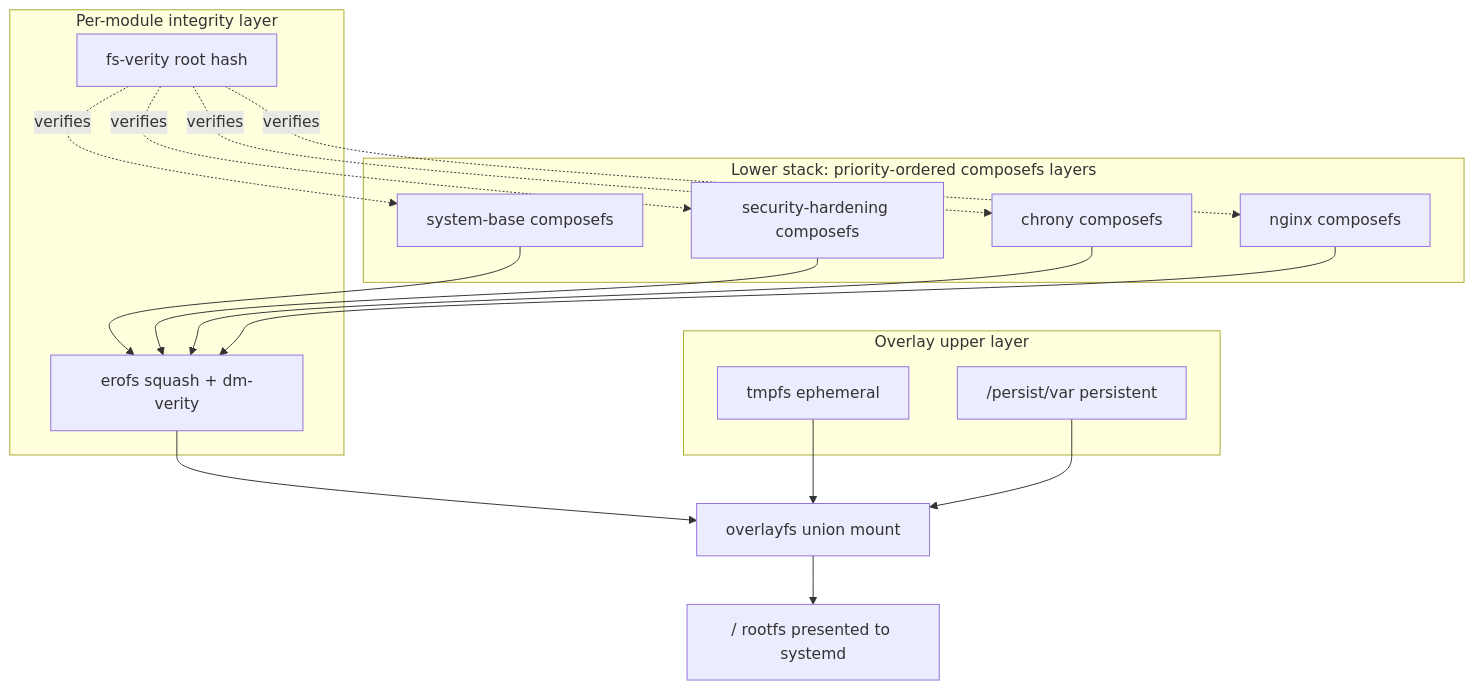
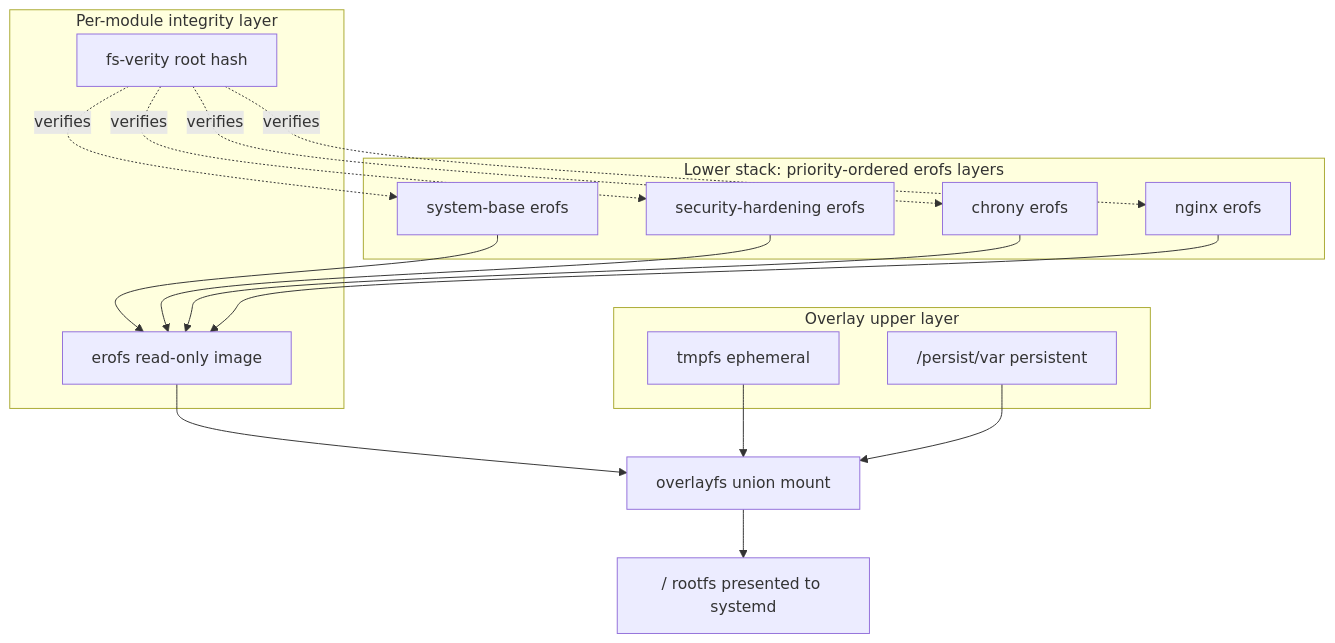
One commit to nodealchemy/powernode-system changed the second of 2 diagrams in docs/SMOKE_TEST.md. Above: the diagram before and after it, drawn with Mermaid. The commit also changed other lines of this file and 9 other files, not shown here.

First line of the commit message:
docs: correct composefs->erofs filesystem references in operator docs

````diff
--- a/docs/SMOKE_TEST.md
+++ b/docs/SMOKE_TEST.md
@@ -509,32 +509,32 @@
 ```mermaid
 flowchart TD
-    subgraph Modules["Lower stack: priority-ordered composefs layers"]
-        SB[system-base composefs]
-        SH[security-hardening composefs]
-        CH[chrony composefs]
-        NG[nginx composefs]
+    subgraph Modules["Lower stack: priority-ordered erofs layers"]
+        SB[system-base erofs]
+        SH[security-hardening erofs]
+        CH[chrony erofs]
+        NG[nginx erofs]
     end
     subgraph Integrity["Per-module integrity layer"]
-        EV[erofs squash + dm-verity]
+        EV[erofs read-only image]
         FV[fs-verity root hash]
     end
     subgraph Upper["Overlay upper layer"]
         TM[tmpfs ephemeral]
         PV["/persist/var persistent"]
     end
     Union[overlayfs union mount]
     Root["/ rootfs presented to systemd"]
 
     SB --> EV
     SH --> EV
     CH --> EV
     NG --> EV
     EV --> Union
     FV -.verifies.-> SB
     FV -.verifies.-> SH
     FV -.verifies.-> CH
     FV -.verifies.-> NG
     TM --> Union
     PV --> Union
     Union --> Root
 ```
````
